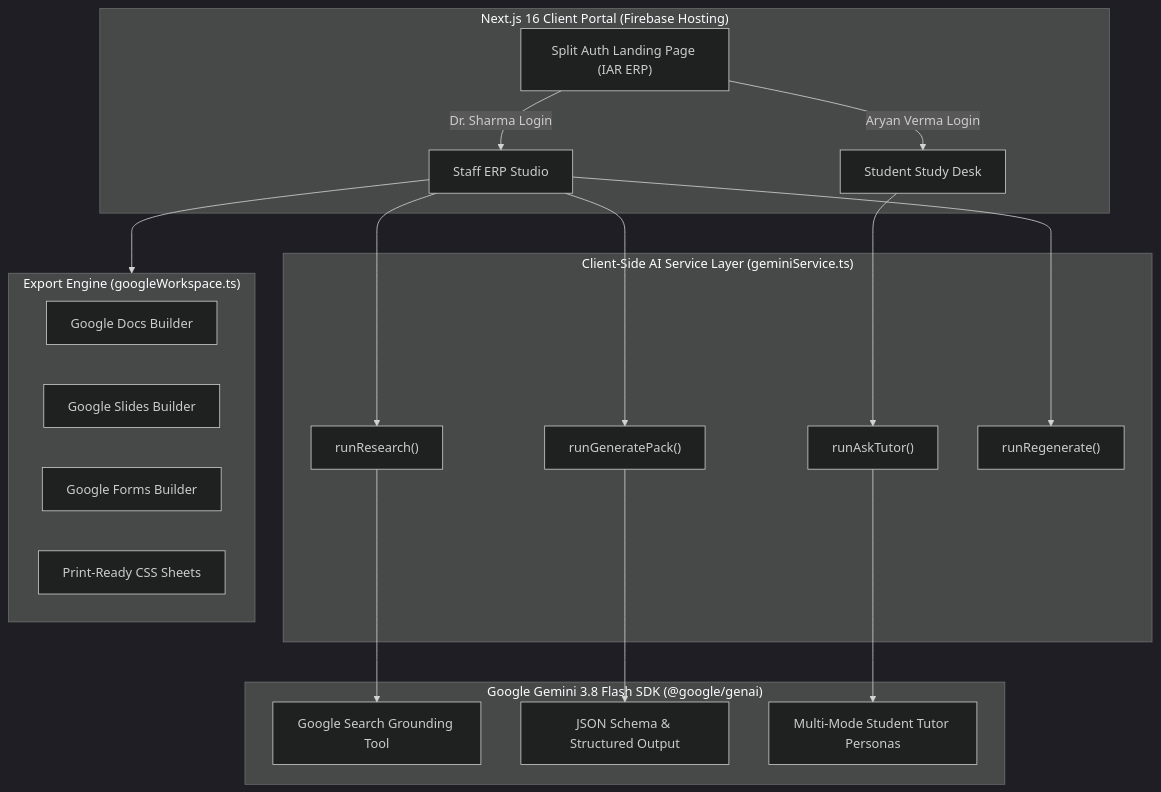
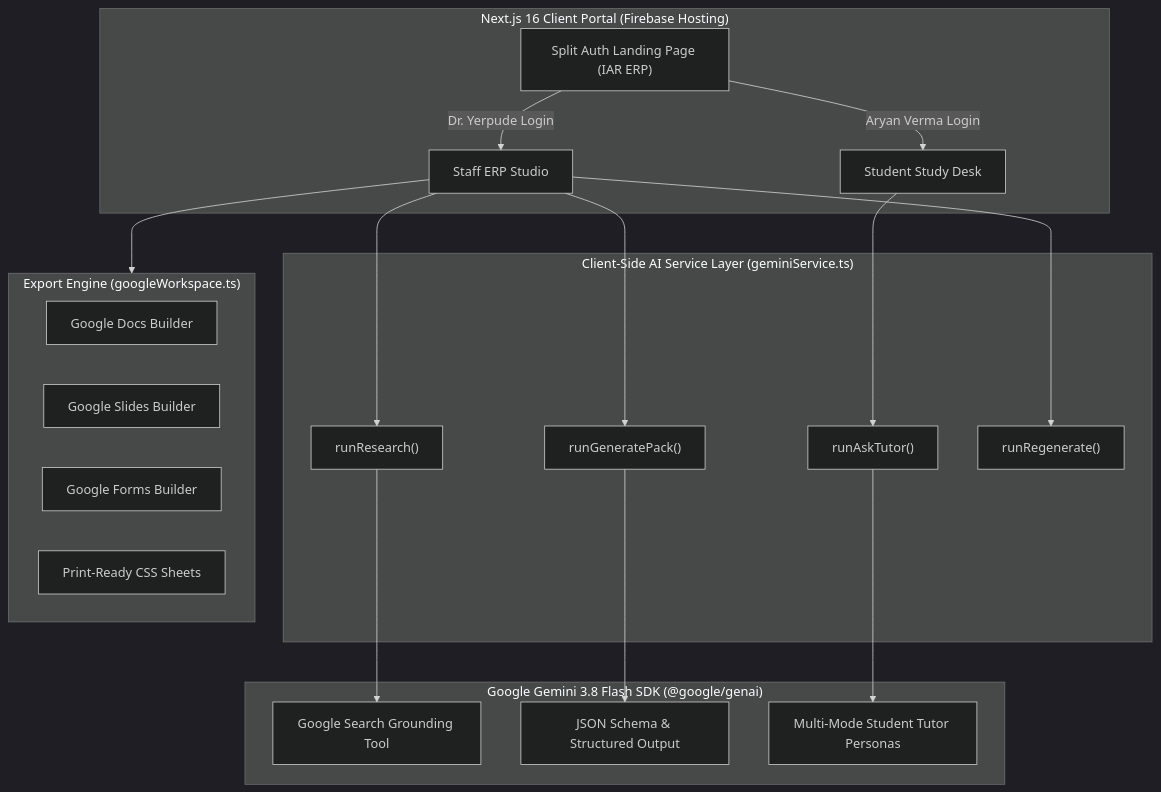
The diagram in README.md (anushkayerpude/kaksha.ai), drawn with Mermaid (dark theme) before and after one commit. The commit also changed other lines of this file and 9 other files, not shown here.

````diff
--- a/README.md
+++ b/README.md
@@ -132,42 +132,42 @@
 ```mermaid
 graph TD
     subgraph Client ["Next.js 16 Client Portal (Firebase Hosting)"]
         Landing["Split Auth Landing Page (IAR ERP)"]
         StaffPortal["Staff ERP Studio"]
         StudentPortal["Student Study Desk"]
     end
 
     subgraph Service ["Client-Side AI Service Layer (geminiService.ts)"]
         ResearchFn["runResearch()"]
         GenerateFn["runGeneratePack()"]
         TutorFn["runAskTutor()"]
         RegenFn["runRegenerate()"]
     end
 
     subgraph Gemini ["Google Gemini 3.8 Flash SDK (@google/genai)"]
         Grounding["Google Search Grounding Tool"]
         Structured["JSON Schema & Structured Output"]
         Roles["Multi-Mode Student Tutor Personas"]
     end
 
     subgraph Workspace ["Export Engine (googleWorkspace.ts)"]
         GDocs["Google Docs Builder"]
         GSlides["Google Slides Builder"]
         GForms["Google Forms Builder"]
         HTMLPrint["Print-Ready CSS Sheets"]
     end
 
-    Landing -->|Dr. Sharma Login| StaffPortal
+    Landing -->|Dr. Yerpude Login| StaffPortal
     Landing -->|Aryan Verma Login| StudentPortal
 
     StaffPortal --> ResearchFn
     StaffPortal --> GenerateFn
     StaffPortal --> RegenFn
     StaffPortal --> Workspace
 
     StudentPortal --> TutorFn
 
     ResearchFn --> Grounding
     GenerateFn --> Structured
     TutorFn --> Roles
 ```
````
